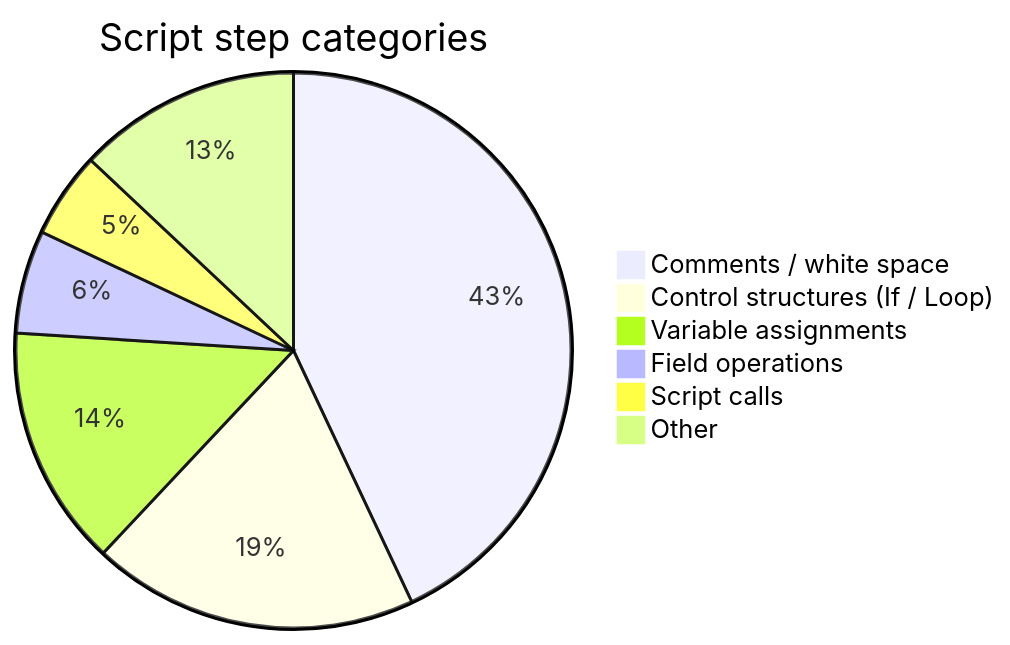
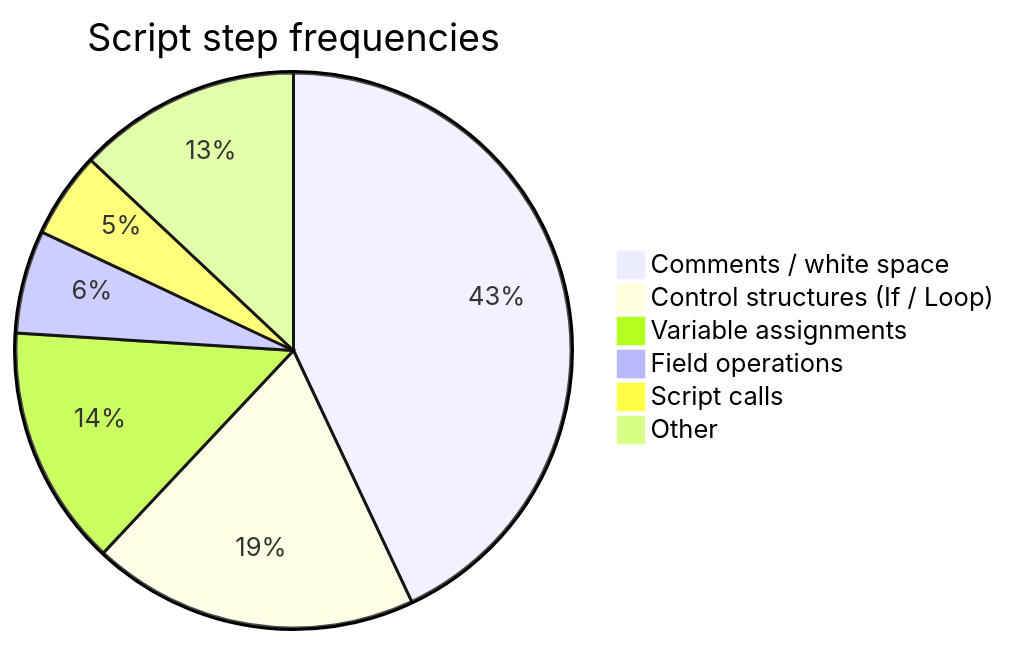
The diagram in script-step-ids.md (mrwatson-de/fmworkmate.github.io), drawn with Mermaid before and after one commit.

Commit message:
step *frequencies*

````diff
--- a/script-step-ids.md
+++ b/script-step-ids.md
@@ -449,10 +449,10 @@
 ```mermaid
 pie
-    title Script step categories
+    title Script step frequencies
     "Comments / white space": 43
     "Control structures (If / Loop)": 19
     "Variable assignments": 14
     "Field operations": 6
     "Script calls": 5
     "Other": 13
 ```
````
